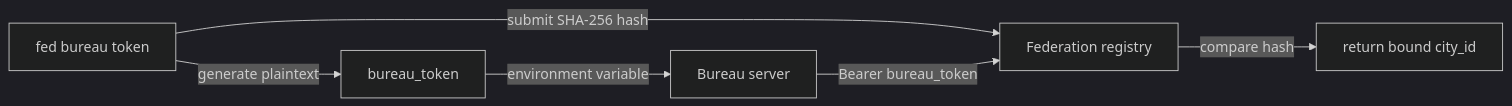
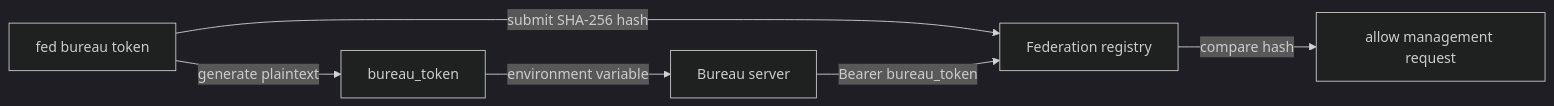
Before and after one commit to wangenius/downcity: the second of 2 diagrams in homepage/content/docs/en/city/identity.mdx, drawn with Mermaid (dark theme). The commit also changed other lines of this file and 57 other files, not shown here.

Commit message:
feat(city): unify bureau management and user verification

````diff
--- a/homepage/content/docs/en/city/identity.mdx
+++ b/homepage/content/docs/en/city/identity.mdx
@@ -96,8 +106,8 @@
 ```mermaid
 flowchart LR
     CLI["fed bureau token"] -->|"generate plaintext"| T["bureau_token"]
     CLI -->|"submit SHA-256 hash"| F["Federation registry"]
     T -->|"environment variable"| B["Bureau server"]
     B -->|"Bearer bureau_token"| F
-    F -->|"compare hash"| X["return bound city_id"]
+    F -->|"compare hash"| X["allow management request"]
 ```
````
